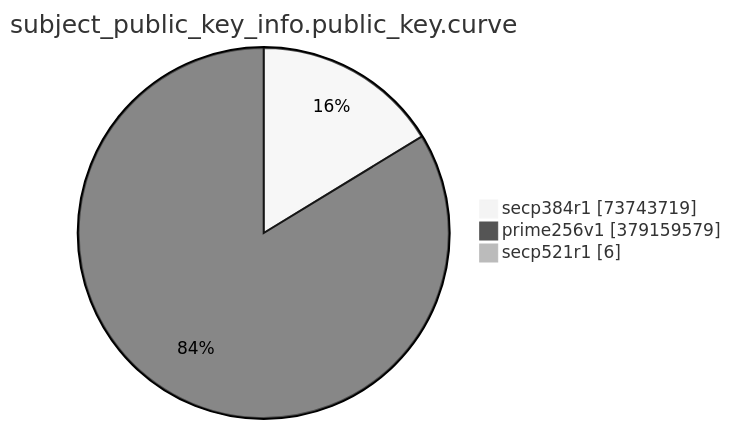
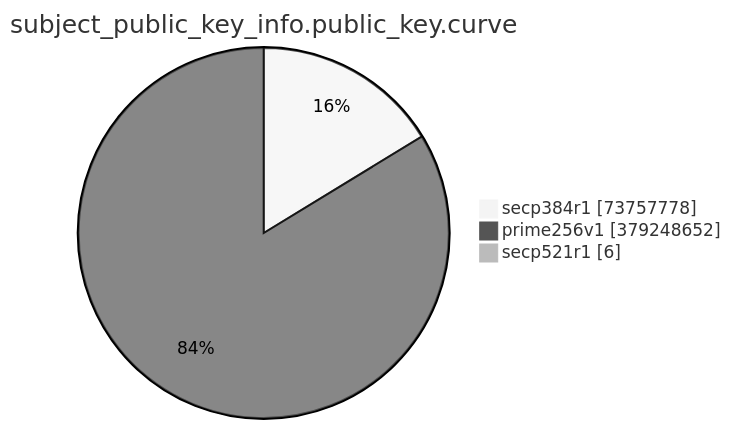
The eighth of 15 diagrams in TOTAL/README.md (christiankrug/ctmonitor_visualization), drawn with Mermaid (neutral theme) before and after one commit. The commit also changed other lines of this file, not shown here.

````diff
--- a/TOTAL/README.md
+++ b/TOTAL/README.md
@@ -3094,7 +3094,7 @@
 ```mermaid
 pie showData
 title subject_public_key_info.public_key.curve
-"secp384r1" :73743719
-"prime256v1" :379159579
+"secp384r1" :73757778
+"prime256v1" :379248652
 "secp521r1" :6
 ```
````
